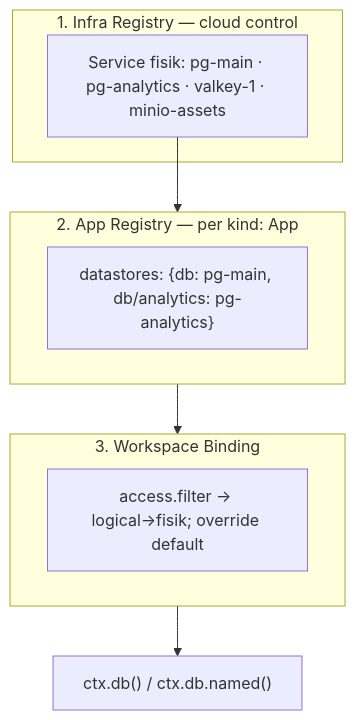
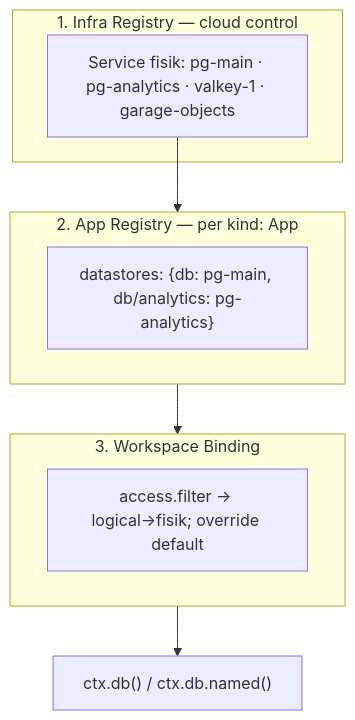
Before and after one commit to primadi/formspec: the diagram in docs/reference/primitives.md, drawn with Mermaid. The commit also changed other lines of this file and 123 other files, not shown here.

````diff
--- a/docs/reference/primitives.md
+++ b/docs/reference/primitives.md
@@ -74,13 +74,13 @@
 ```mermaid
 flowchart TB
     subgraph L1["1. Infra Registry — cloud control"]
-        S["Service fisik: pg-main · pg-analytics · valkey-1 · minio-assets"]
+        S["Service fisik: pg-main · pg-analytics · valkey-1 · garage-objects"]
     end
     subgraph L2["2. App Registry — per kind: App"]
         A["datastores: {db: pg-main, db/analytics: pg-analytics}"]
     end
     subgraph L3["3. Workspace Binding"]
         W["access.filter → logical→fisik; override default"]
     end
     S --> L2 --> L3 --> Script["ctx.db() / ctx.db.named()"]
 ```
````
